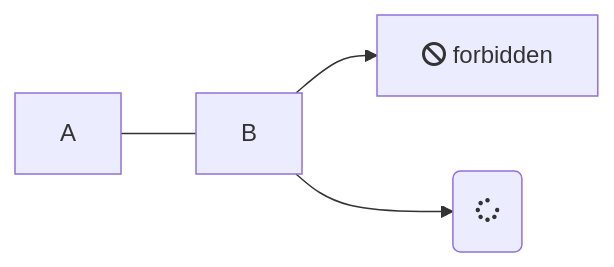
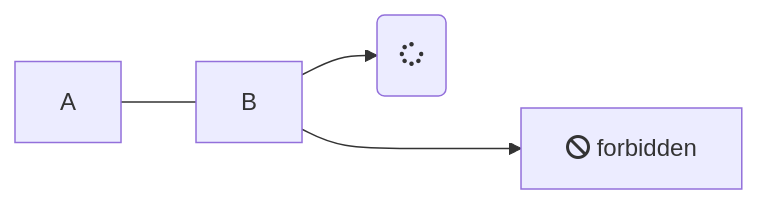
Before and after one commit to saravmani/mycloud: the second of 2 diagrams in Rem/Self/11MDSnippets.md, drawn with Mermaid. The commit also changed other lines of this file and 9 other files, not shown here.

````diff
--- a/Rem/Self/11MDSnippets.md
+++ b/Rem/Self/11MDSnippets.md
@@ -46,6 +47,6 @@
 ```mermaid
 graph LR
   A --- B
-  B-->C[fa:fa-ban forbidden]
+  B--->C[fa:fa-ban forbidden]
   B-->D(fa:fa-spinner);
 ```
````
